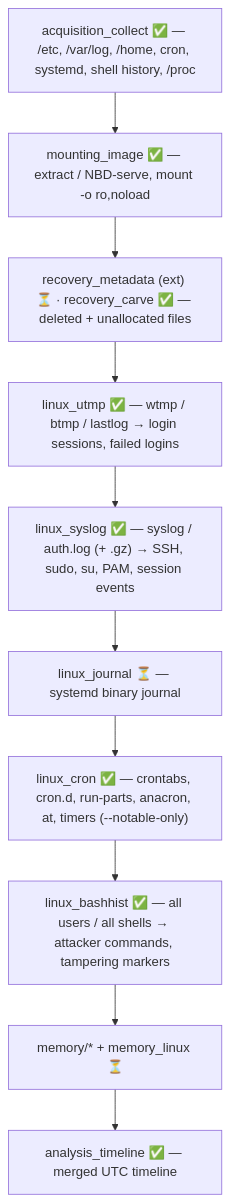
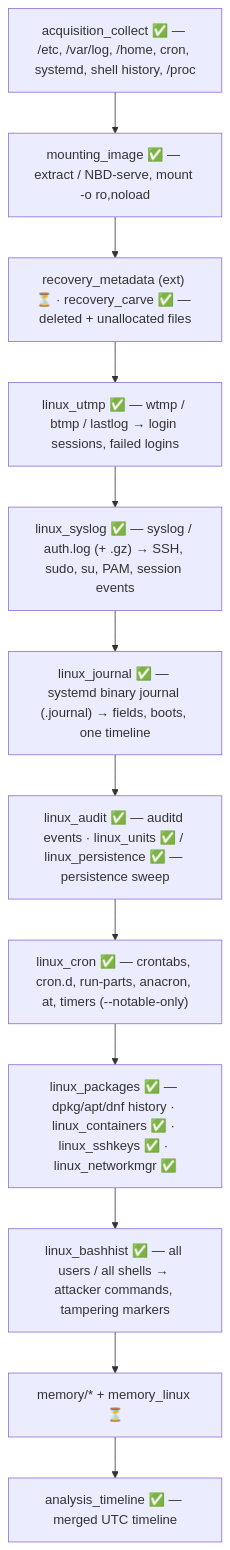
Before and after one commit to mostafaimam/Forensics-Tools: the third of 4 diagrams in README.md, drawn with Mermaid. The commit also changed other lines of this file, not shown here.

First line of the commit message:
README: mark the 10 new linux/ + windows tools as v0.1

````diff
--- a/README.md
+++ b/README.md
@@ -417,12 +420,14 @@
 ```mermaid
 flowchart TD
     A["acquisition_collect ✅ — /etc, /var/log, /home, cron, systemd, shell history, /proc"] --> B["mounting_image ✅ — extract / NBD-serve, mount -o ro,noload"]
     B --> C["recovery_metadata (ext) ⏳ · recovery_carve ✅ — deleted + unallocated files"]
     C --> D["linux_utmp ✅ — wtmp / btmp / lastlog → login sessions, failed logins"]
     D --> E["linux_syslog ✅ — syslog / auth.log (+ .gz) → SSH, sudo, su, PAM, session events"]
-    E --> F["linux_journal ⏳ — systemd binary journal"]
-    F --> G["linux_cron ✅ — crontabs, cron.d, run-parts, anacron, at, timers (--notable-only)"]
-    G --> H["linux_bashhist ✅ — all users / all shells → attacker commands, tampering markers"]
+    E --> F["linux_journal ✅ — systemd binary journal (.journal) → fields, boots, one timeline"]
+    F --> AU["linux_audit ✅ — auditd events · linux_units ✅ / linux_persistence ✅ — persistence sweep"]
+    AU --> G["linux_cron ✅ — crontabs, cron.d, run-parts, anacron, at, timers (--notable-only)"]
+    G --> PK["linux_packages ✅ — dpkg/apt/dnf history · linux_containers ✅ · linux_sshkeys ✅ · linux_networkmgr ✅"]
+    PK --> H["linux_bashhist ✅ — all users / all shells → attacker commands, tampering markers"]
     H --> I["memory/* + memory_linux ⏳"]
     I --> J["analysis_timeline ✅ — merged UTC timeline"]
 ```
````
